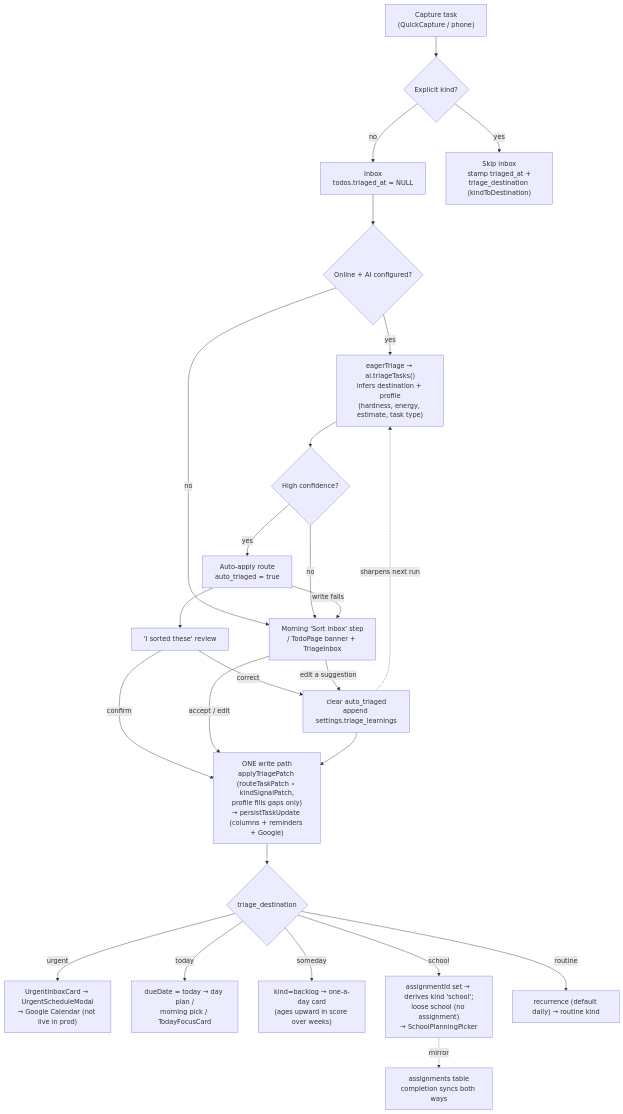
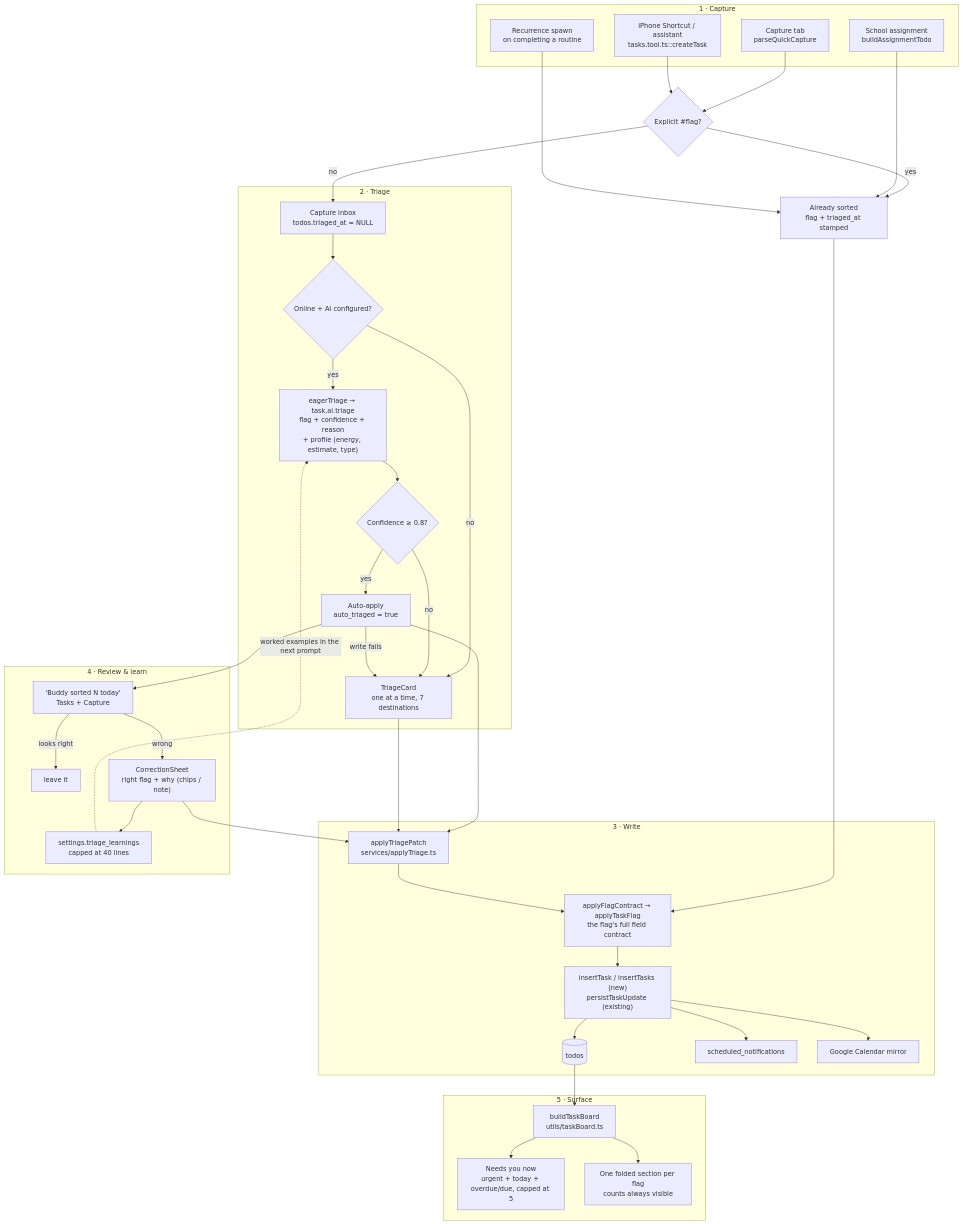
Before and after one commit to liaurens/buddy: the diagram in docs/diagrams/tasks-triage.md, drawn with Mermaid. The commit also changed other lines of this file and 4 other files, not shown here.

````diff
--- a/docs/diagrams/tasks-triage.md
+++ b/docs/diagrams/tasks-triage.md
@@ -6,42 +7,63 @@
 ```mermaid
 flowchart TD
-  Capture["Capture task<br/>(QuickCapture / phone)"]
-  ExplicitKind{"Explicit kind?"}
-  Inbox["Inbox<br/>todos.triaged_at = NULL"]
-  SkipInbox["Skip inbox<br/>stamp triaged_at +<br/>triage_destination (kindToDestination)"]
+  subgraph capture["1 · Capture"]
+    App["Capture tab<br/>parseQuickCapture"]
+    Edge["iPhone Shortcut / assistant<br/>tasks.tool.ts::createTask"]
+    School["School assignment<br/>buildAssignmentTodo"]
+    Recur["Recurrence spawn<br/>on completing a routine"]
+  end
 
-  Capture --> ExplicitKind
-  ExplicitKind -->|yes| SkipInbox
-  ExplicitKind -->|no| Inbox
+  Flagged{"Explicit #flag?"}
+  App --> Flagged
+  Edge --> Flagged
 
-  Eager{"Online + AI configured?"}
-  Inbox --> Eager
-  Eager -->|yes| AIInfer["eagerTriage → ai.triageTasks()<br/>infers destination + profile<br/>(hardness, energy, estimate, task type)"]
-  Eager -->|no| Morning
+  Inbox["Capture inbox<br/>todos.triaged_at = NULL"]
+  Sorted["Already sorted<br/>flag + triaged_at stamped"]
 
-  Conf{"High confidence?"}
-  AIInfer --> Conf
-  Conf -->|yes| Auto["Auto-apply route<br/>auto_triaged = true"]
-  Conf -->|no| Morning["Morning 'Sort inbox' step<br/>/ TodoPage banner + TriageInbox"]
+  Flagged -->|no| Inbox
+  Flagged -->|yes| Sorted
+  School --> Sorted
+  Recur --> Sorted
 
-  Auto -->|write fails| Morning
-  Auto --> Review["'I sorted these' review"]
-  Review -->|confirm| WritePath
-  Review -->|correct| Learn["clear auto_triaged<br/>append settings.triage_learnings"]
-  Morning -->|accept / edit| WritePath
-  Morning -->|edit a suggestion| Learn
-  Learn --> WritePath
+  subgraph triage["2 · Triage"]
+    Eager{"Online + AI configured?"}
+    Inbox --> Eager
+    Eager -->|yes| Infer["eagerTriage → task.ai.triage<br/>flag + confidence + reason<br/>+ profile (energy, estimate, type)"]
+    Eager -->|no| Review
 
-  WritePath["ONE write path<br/>applyTriagePatch (routeTaskPatch ∘ kindSignalPatch,<br/>profile fills gaps only)<br/>→ persistTaskUpdate (columns + reminders + Google)"]
-  WritePath --> Routed
+    Conf{"Confidence ≥ 0.8?"}
+    Infer --> Conf
+    Conf -->|yes| Auto["Auto-apply<br/>auto_triaged = true"]
+    Conf -->|no| Review["TriageCard<br/>one at a time, 7 destinations"]
+    Auto -->|write fails| Review
+  end
 
-  Routed{"triage_destination"}
-  Routed -->|urgent| Urgent["UrgentInboxCard → UrgentScheduleModal<br/>→ Google Calendar (not live in prod)"]
-  Routed -->|today| Today["dueDate = today → day plan /<br/>morning pick / TodayFocusCard"]
-  Routed -->|someday| Someday["kind=backlog → one-a-day card<br/>(ages upward in score over weeks)"]
-  Routed -->|school| School["assignmentId set → derives kind 'school';<br/>loose school (no assignment)<br/>→ SchoolPlanningPicker"]
-  Routed -->|routine| Routine["recurrence (default daily) → routine kind"]
+  Patch["applyTriagePatch<br/>services/applyTriage.ts"]
+  Auto --> Patch
+  Review --> Patch
+  Sorted --> Contract
 
-  School -.->|mirror| Assignments["assignments table<br/>completion syncs both ways"]
-  Learn -.->|sharpens next run| AIInfer
+  subgraph write["3 · Write"]
+    Contract["applyFlagContract → applyTaskFlag<br/>the flag's full field contract"]
+    Patch --> Contract
+    Contract --> Persist["insertTask / insertTasks (new)<br/>persistTaskUpdate (existing)"]
+    Persist --> DB[("todos")]
+    Persist --> Rem["scheduled_notifications"]
+    Persist --> GCal["Google Calendar mirror"]
+  end
+
+  subgraph learn["4 · Review & learn"]
+    Auto --> Fold["'Buddy sorted N today'<br/>Tasks + Capture"]
+    Fold -->|looks right| Done["leave it"]
+    Fold -->|wrong| Fix["CorrectionSheet<br/>right flag + why (chips / note)"]
+    Fix --> Doc["settings.triage_learnings<br/>capped at 40 lines"]
+    Doc -.->|worked examples in the next prompt| Infer
+    Fix --> Patch
+  end
+
+  subgraph surface["5 · Surface"]
+    DB --> Board["buildTaskBoard<br/>utils/taskBoard.ts"]
+    Board --> Now["Needs you now<br/>urgent + today + overdue/due, capped at 5"]
+    Board --> Sections["One folded section per flag<br/>counts always visible"]
+  end
 ```
````
